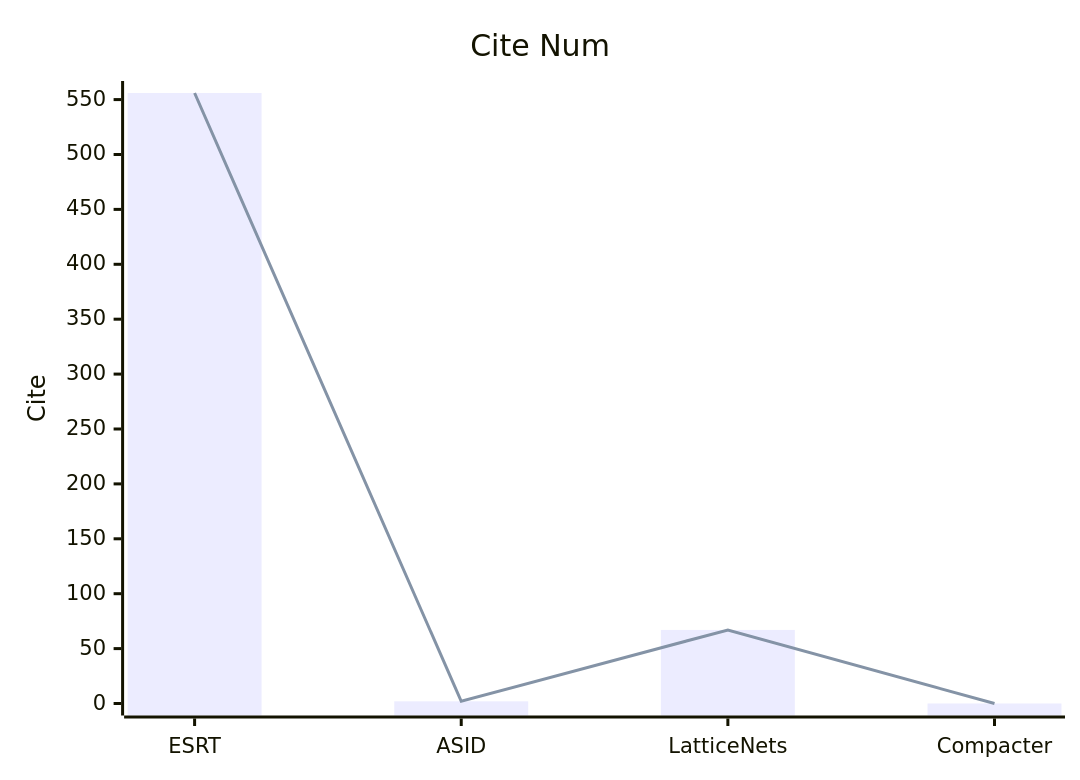
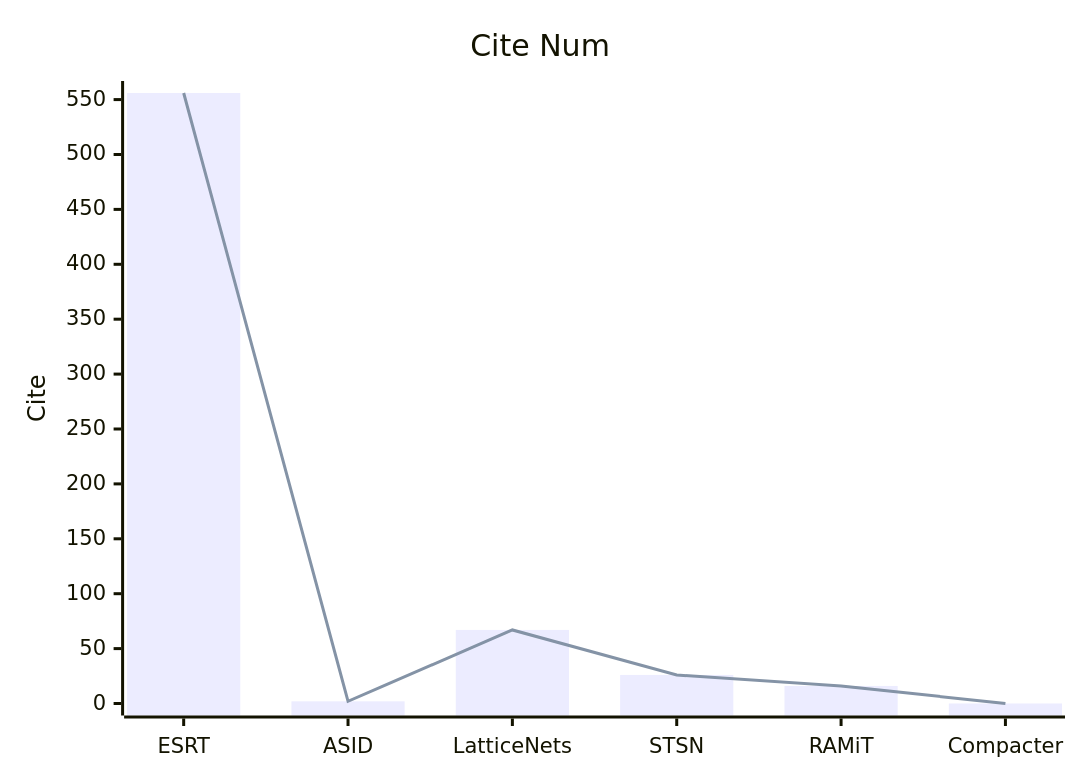
The fourth of 4 diagrams in CV/Lightweight/analyse.md (Elephant-King9/Paper), drawn with Mermaid before and after one commit. The commit also changed other lines of this file and 6 other files, not shown here.

````diff
--- a/CV/Lightweight/analyse.md
+++ b/CV/Lightweight/analyse.md
@@ -93,8 +100,8 @@
 ```mermaid
     xychart-beta
     title "Cite Num"
-    x-axis [ESRT,ASID,LatticeNets,Compacter]
+    x-axis [ESRT,ASID,LatticeNets,STSN,RAMiT,Compacter]
     y-axis "Cite" 
-    bar [556,2,67,0]
-    line [556,2,67,0]
+    bar [556,2,67,26,16,0]
+    line [556,2,67,26,16,0]
 ```
````
